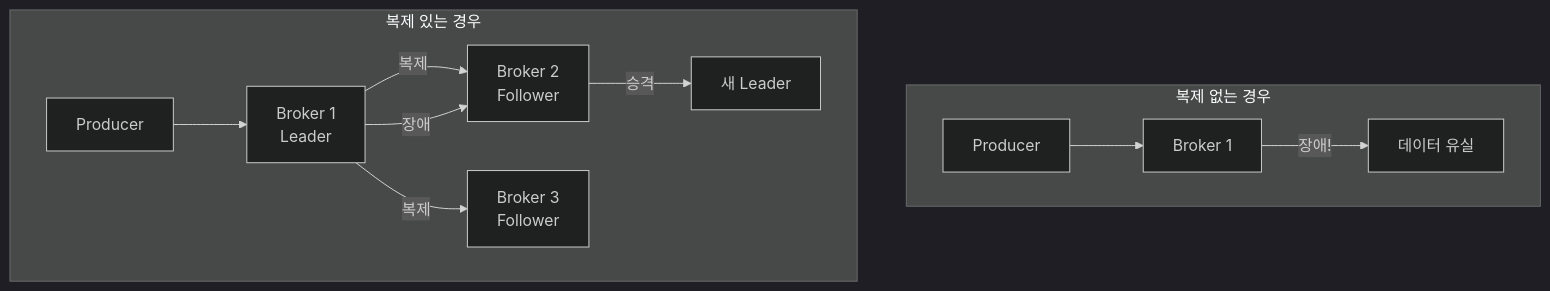
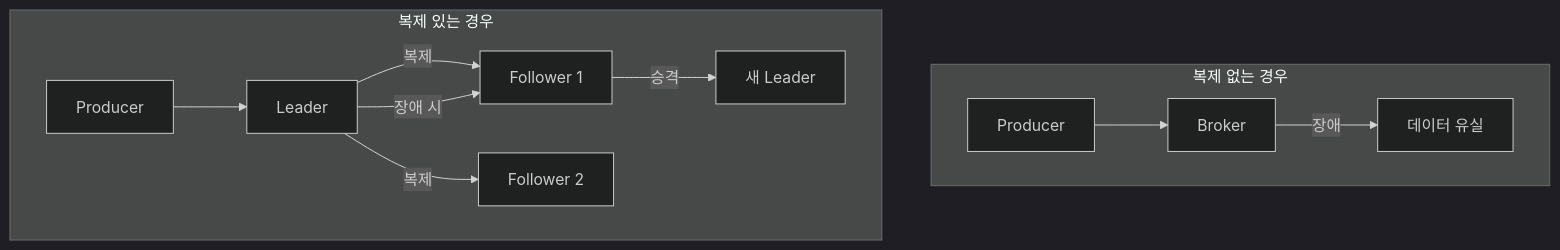
The first of 2 diagrams in content/ko/kafka/concepts/replication.md (advanced-beginner/advanced-beginner.github.io), drawn with Mermaid (dark theme) before and after one commit. The commit also changed other lines of this file and 21 other files, not shown here.

````diff
--- a/content/ko/kafka/concepts/replication.md
+++ b/content/ko/kafka/concepts/replication.md
@@ -39,15 +21,15 @@
 ```mermaid
 flowchart TB
-    subgraph Problem["복제 없는 경우"]
-        P1[Producer] --> B1[Broker 1]
-        B1 -->|장애!| X[데이터 유실]
+    subgraph Without["복제 없는 경우"]
+        P1[Producer] --> B1[Broker]
+        B1 -->|장애| X[데이터 유실]
     end
 
-    subgraph Solution["복제 있는 경우"]
-        P2[Producer] --> B2[Broker 1\nLeader]
-        B2 -->|복제| B3[Broker 2\nFollower]
-        B2 -->|복제| B4[Broker 3\nFollower]
-        B2 -->|장애| B3
-        B3 -->|승격| B3L[새 Leader]
+    subgraph With["복제 있는 경우"]
+        P2[Producer] --> L[Leader]
+        L -->|복제| F1[Follower 1]
+        L -->|복제| F2[Follower 2]
+        L -->|장애 시| F1
+        F1 -->|승격| NL[새 Leader]
     end
 ```
````
